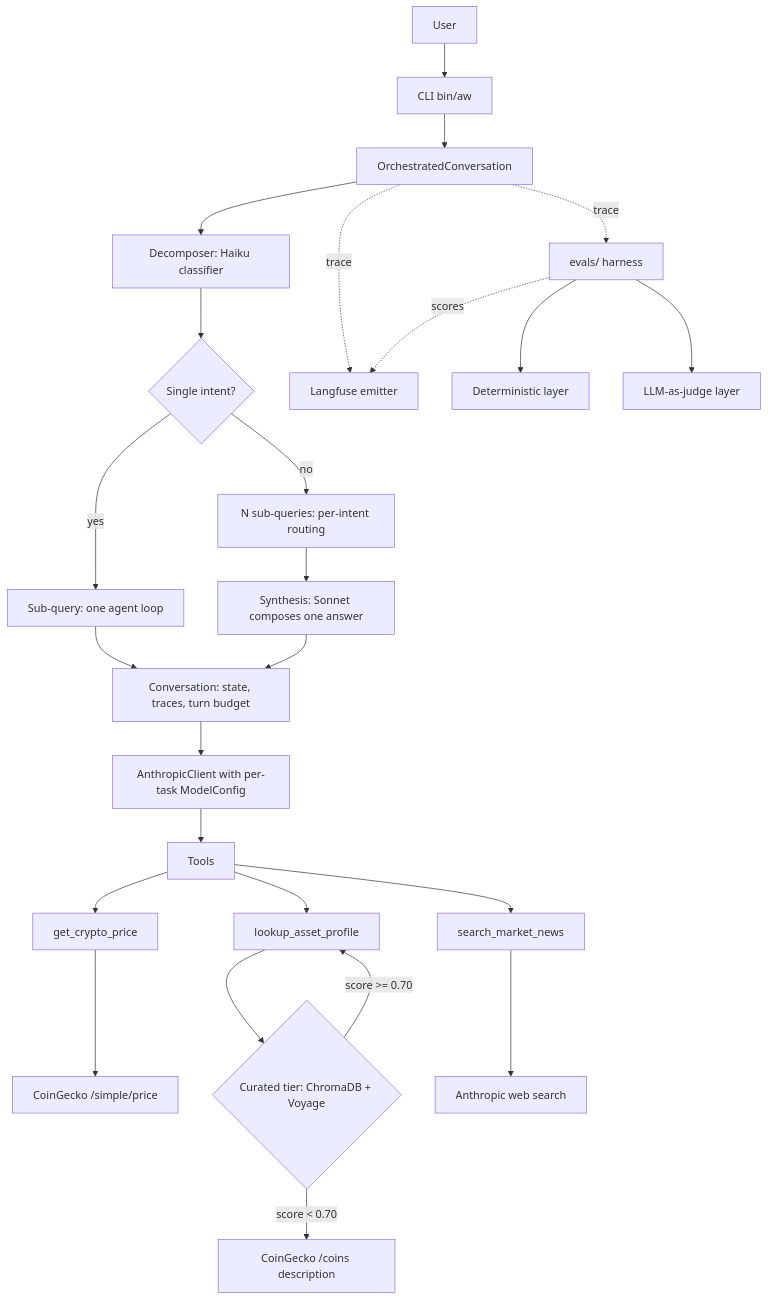
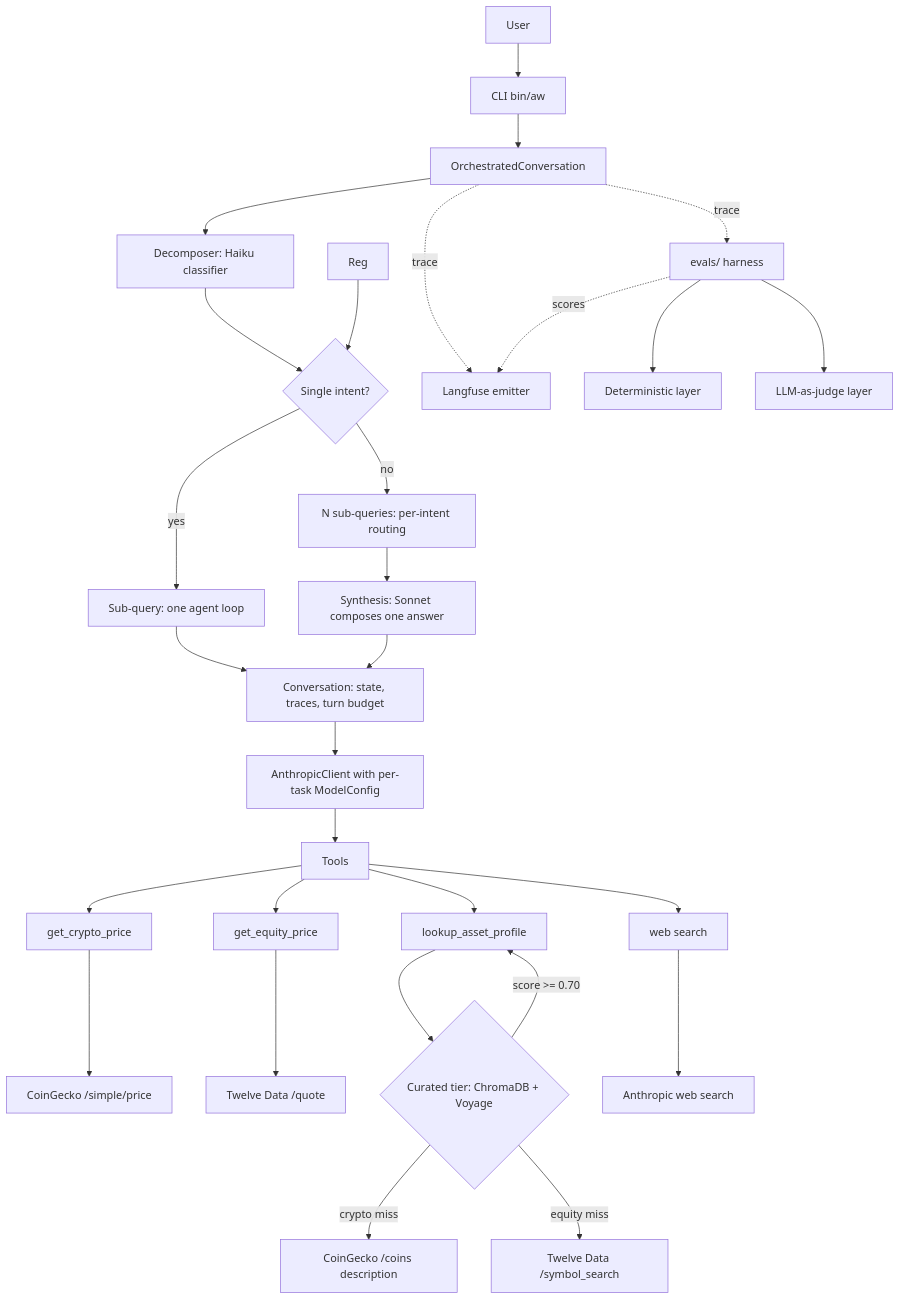
Before and after one commit to axwxtson/AWAnalysis: the diagram in README.md, drawn with Mermaid. The commit also changed other lines of this file, not shown here.

First line of the commit message:
docs(readme): reposition crypto-only -> cross-asset (crypto + equities)

````diff
--- a/README.md
+++ b/README.md
@@ -130,27 +147,31 @@
 ```mermaid
 flowchart TD
     User --> CLI[CLI bin/aw]
     CLI --> Orch[OrchestratedConversation]
     Orch --> Dec[Decomposer: Haiku classifier]
     Dec --> Plan{Single intent?}
+    Reg --> Plan{Single intent?}
     Plan -->|yes| SubQ[Sub-query: one agent loop]
     Plan -->|no| MultiQ[N sub-queries: per-intent routing]
     MultiQ --> Synth[Synthesis: Sonnet composes one answer]
     SubQ --> Conv[Conversation: state, traces, turn budget]
     Synth --> Conv
     Conv --> Client[AnthropicClient with per-task ModelConfig]
     Client --> Tools[Tools]
     Tools --> Price[get_crypto_price]
+    Tools --> EqPrice[get_equity_price]
     Tools --> Profile[lookup_asset_profile]
-    Tools --> News[search_market_news]
+    Tools --> News[web search]
     Price --> CG1[CoinGecko /simple/price]
+    EqPrice --> TD1[Twelve Data /quote]
     Profile --> Curated{Curated tier: ChromaDB + Voyage}
     Curated -->|score >= 0.70| Profile
-    Curated -->|score < 0.70| CG2[CoinGecko /coins description]
+    Curated -->|crypto miss| CG2[CoinGecko /coins description]
+    Curated -->|equity miss| TD2[Twelve Data /symbol_search]
     News --> WS[Anthropic web search]
     Orch -.trace.-> Obs[Langfuse emitter]
     Orch -.trace.-> Evals[evals/ harness]
     Evals --> Det[Deterministic layer]
     Evals --> Judge[LLM-as-judge layer]
     Evals -.scores.-> Obs
 ```
````
